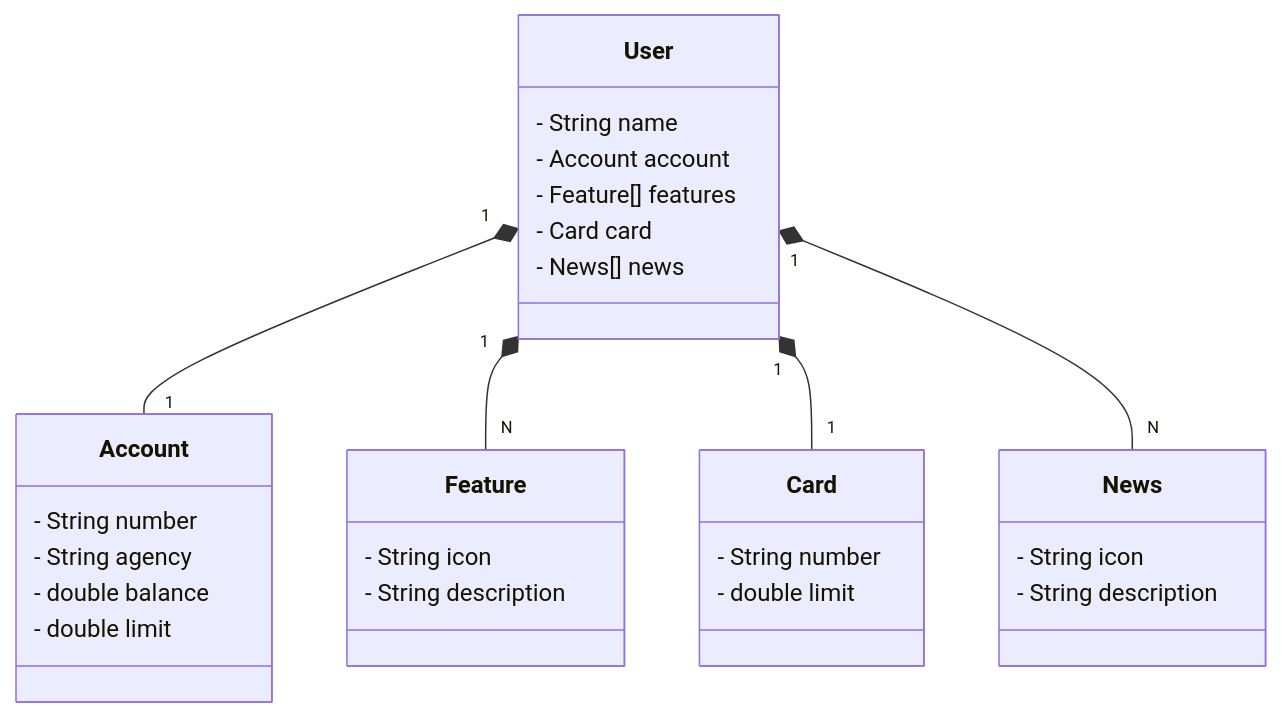
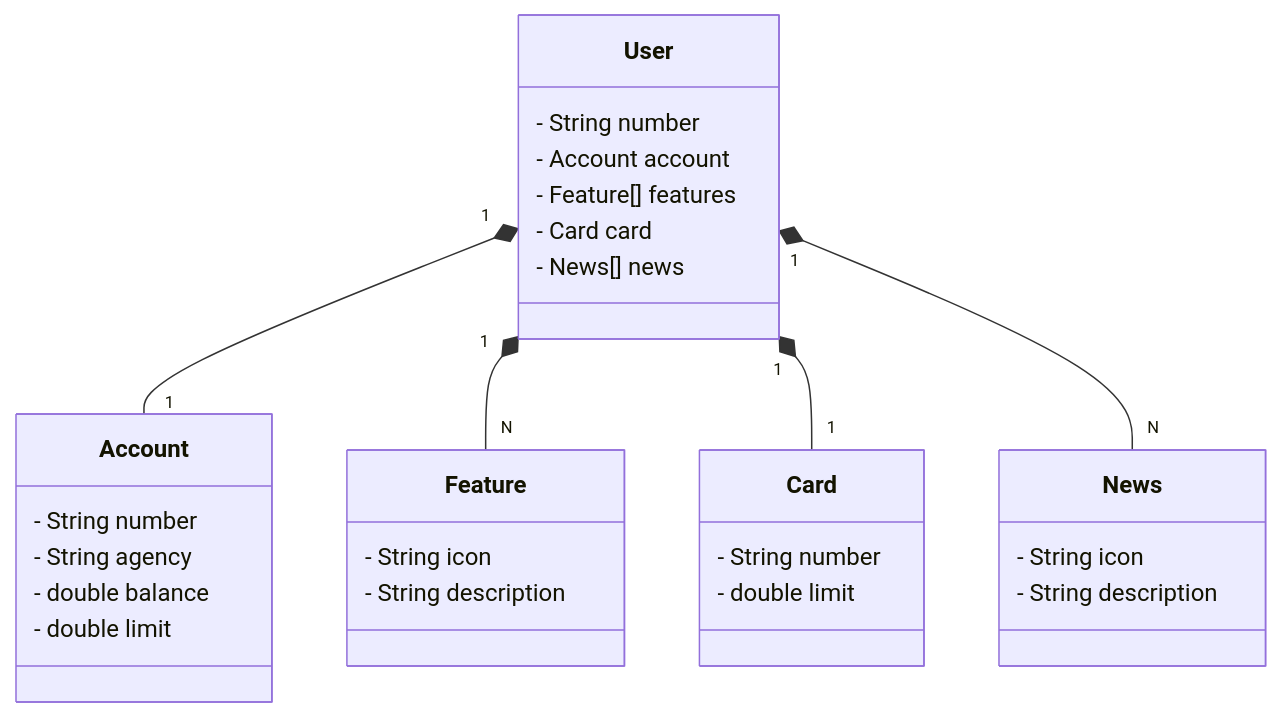
Before and after one commit to joanicematos/santander-dev-week-2025: the diagram in README.md, drawn with Mermaid. The commit also changed 10 other files, not shown here.

````diff
--- a/README.md
+++ b/README.md
@@ -6,38 +6,38 @@
 ```mermaid
 classDiagram
     class User {
-        - String name
+        - String number
         - Account account
         - Feature[] features
         - Card card
         - News[] news
     }
 
     class Account {
         - String number
         - String agency
         - double balance
         - double limit
     }
 
     class Feature {
         - String icon
         - String description
     }
 
     class Card {
         - String number
         - double limit
     }
 
     class News {
         - String icon
         - String description
     }
 
     User "1" *-- "1" Account
     User "1" *-- "N" Feature
     User "1" *-- "1" Card
     User "1" *-- "N" News
 
 ```
````
